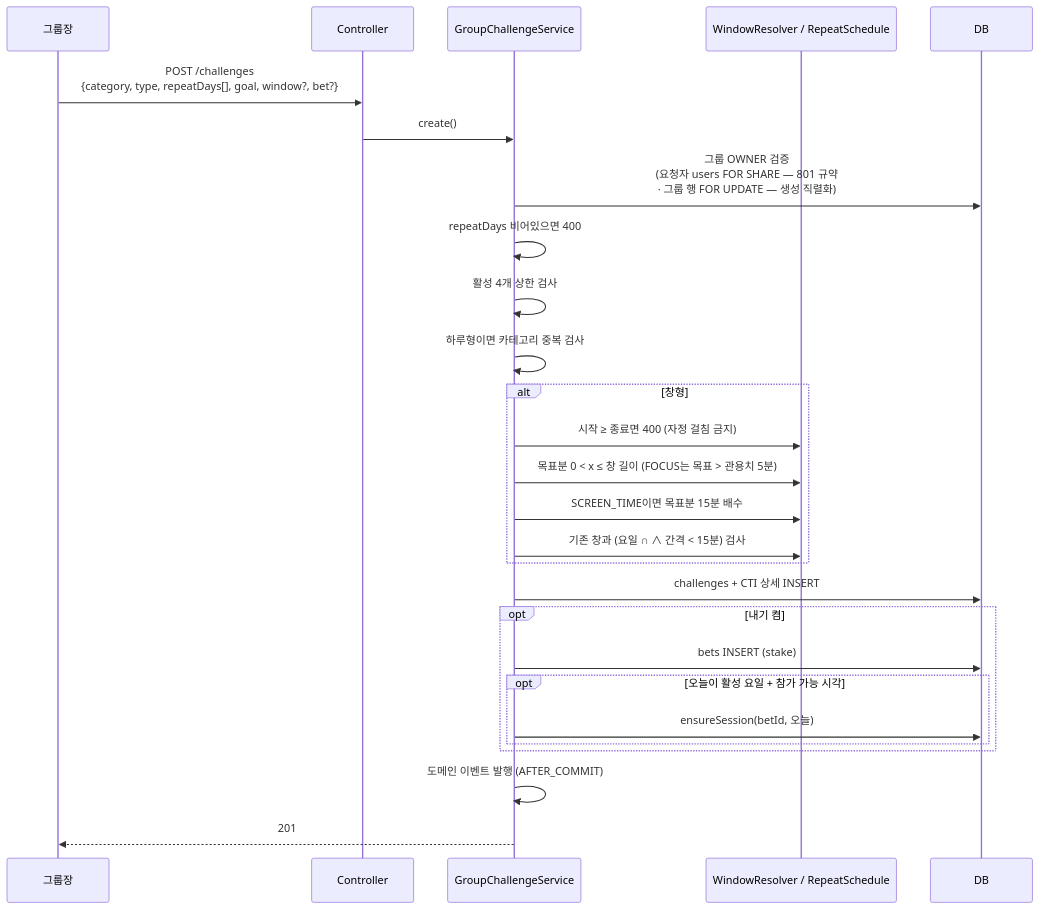
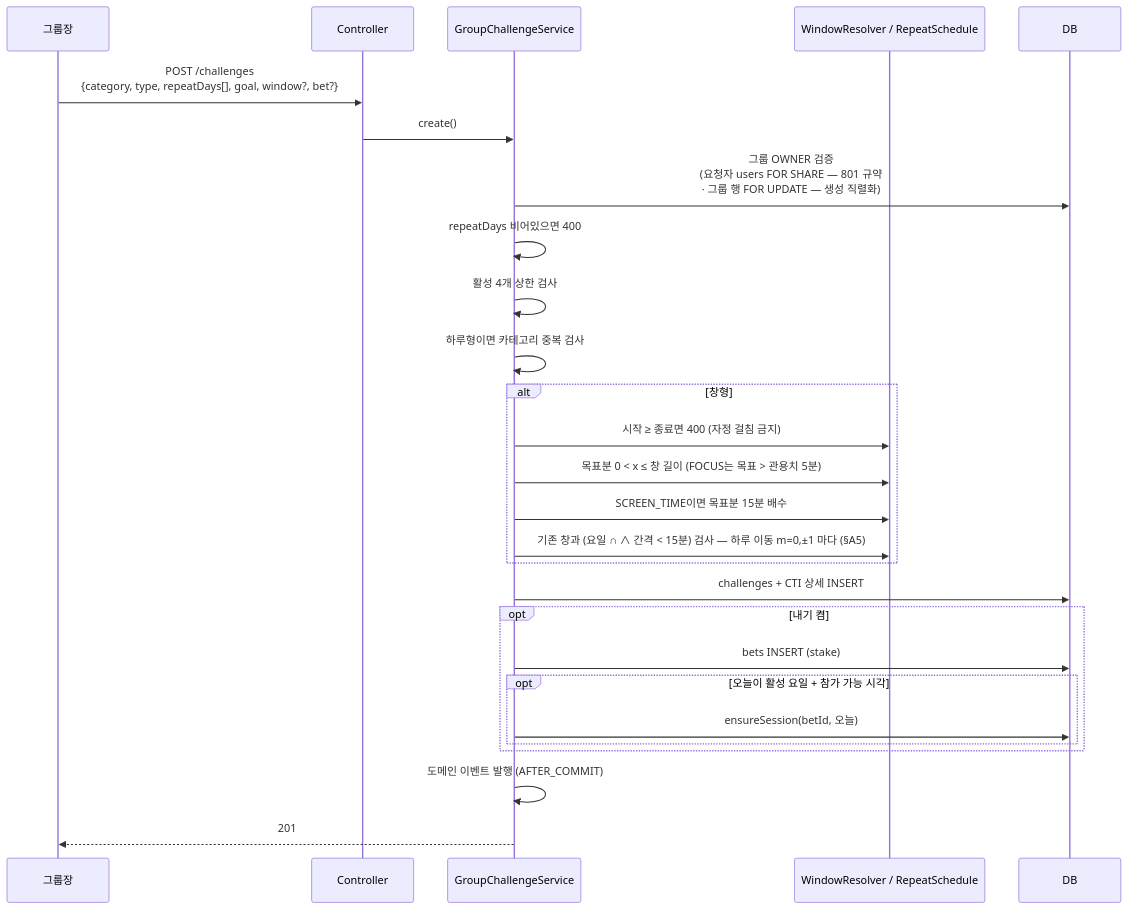
One commit to OneOrThree/phone changed the third of 13 diagrams in docs/prd/challenge/high-level-design.md. Above: the diagram before and after it, drawn with Mermaid. The commit also changed 3 other files, not shown here.

````diff
--- a/docs/prd/challenge/high-level-design.md
+++ b/docs/prd/challenge/high-level-design.md
@@ -119,30 +119,30 @@
 ```mermaid
 sequenceDiagram
     participant U as 그룹장
     participant C as Controller
     participant S as GroupChallengeService
     participant D as WindowResolver / RepeatSchedule
     participant DB as DB
 
     U->>C: POST /challenges<br/>{category, type, repeatDays[], goal, window?, bet?}
     C->>S: create()
     S->>DB: 그룹 OWNER 검증<br/>(요청자 users FOR SHARE — 801 규약<br/>· 그룹 행 FOR UPDATE — 생성 직렬화)
     S->>S: repeatDays 비어있으면 400
     S->>S: 활성 4개 상한 검사
     S->>S: 하루형이면 카테고리 중복 검사
     alt 창형
         S->>D: 시작 ≥ 종료면 400 (자정 걸침 금지)
         S->>D: 목표분 0 < x ≤ 창 길이 (FOCUS는 목표 > 관용치 5분)
         S->>D: SCREEN_TIME이면 목표분 15분 배수
-        S->>D: 기존 창과 (요일 ∩ ∧ 간격 < 15분) 검사
+        S->>D: 기존 창과 (요일 ∩ ∧ 간격 < 15분) 검사 — 하루 이동 m=0,±1 마다 (§A5)
     end
     S->>DB: challenges + CTI 상세 INSERT
     opt 내기 켬
         S->>DB: bets INSERT (stake)
         opt 오늘이 활성 요일 + 참가 가능 시각
             S->>DB: ensureSession(betId, 오늘)
         end
     end
     S->>S: 도메인 이벤트 발행 (AFTER_COMMIT)
     S-->>U: 201
 ```
````
